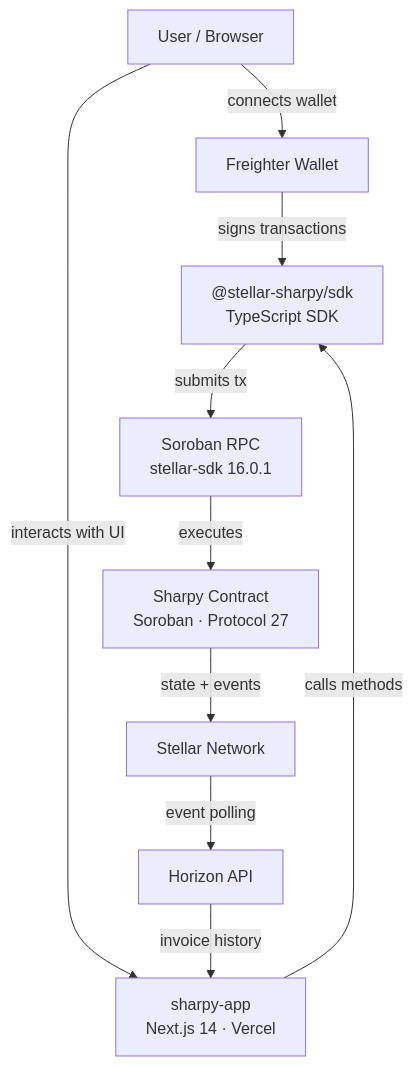
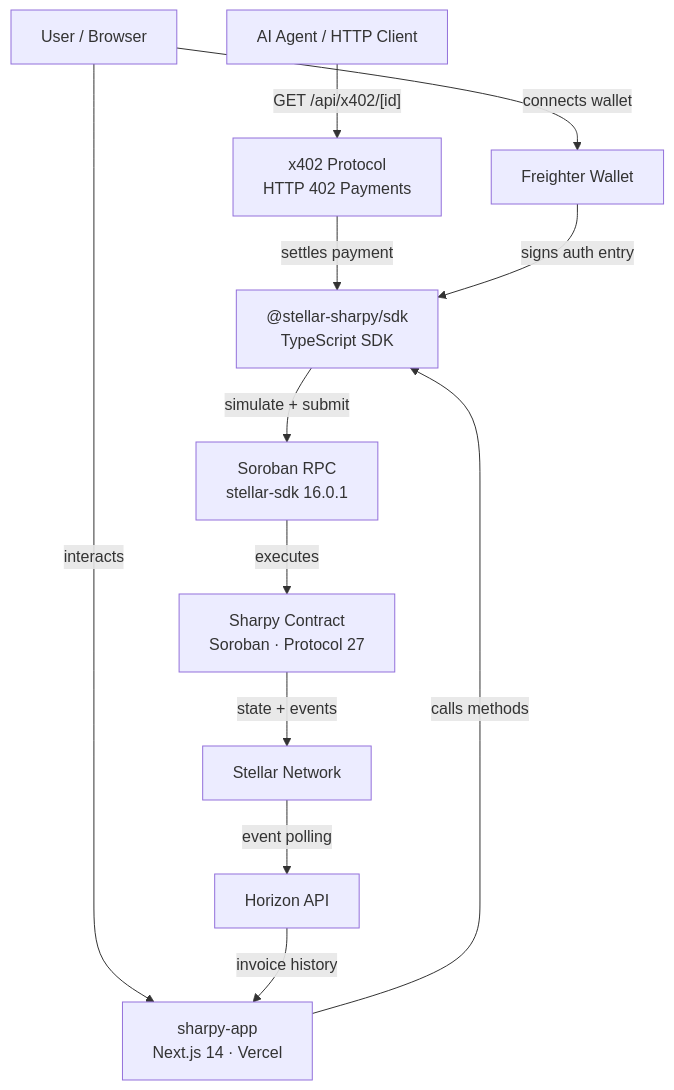
The diagram in profile/README.md (stellar-sharpy/.github), drawn with Mermaid before and after one commit. The commit also changed other lines of this file, not shown here.

````diff
--- a/profile/README.md
+++ b/profile/README.md
@@ -20,21 +32,25 @@
 ```mermaid
 graph TD
     User["User / Browser"]
+    Agent["AI Agent / HTTP Client"]
     Freighter["Freighter Wallet"]
     App["sharpy-app\nNext.js 14 · Vercel"]
     SDK["@stellar-sharpy/sdk\nTypeScript SDK"]
+    X402["x402 Protocol\nHTTP 402 Payments"]
     RPC["Soroban RPC\nstellar-sdk 16.0.1"]
     Contract["Sharpy Contract\nSoroban · Protocol 27"]
     Stellar["Stellar Network"]
     Horizon["Horizon API"]
 
     User -->|"connects wallet"| Freighter
-    User -->|"interacts with UI"| App
+    User -->|"interacts"| App
+    Agent -->|"GET /api/x402/[id]"| X402
     App -->|"calls methods"| SDK
-    Freighter -->|"signs transactions"| SDK
-    SDK -->|"submits tx"| RPC
+    X402 -->|"settles payment"| SDK
+    Freighter -->|"signs auth entry"| SDK
+    SDK -->|"simulate + submit"| RPC
     RPC -->|"executes"| Contract
     Contract -->|"state + events"| Stellar
     Stellar -->|"event polling"| Horizon
     Horizon -->|"invoice history"| App
 ```
````
